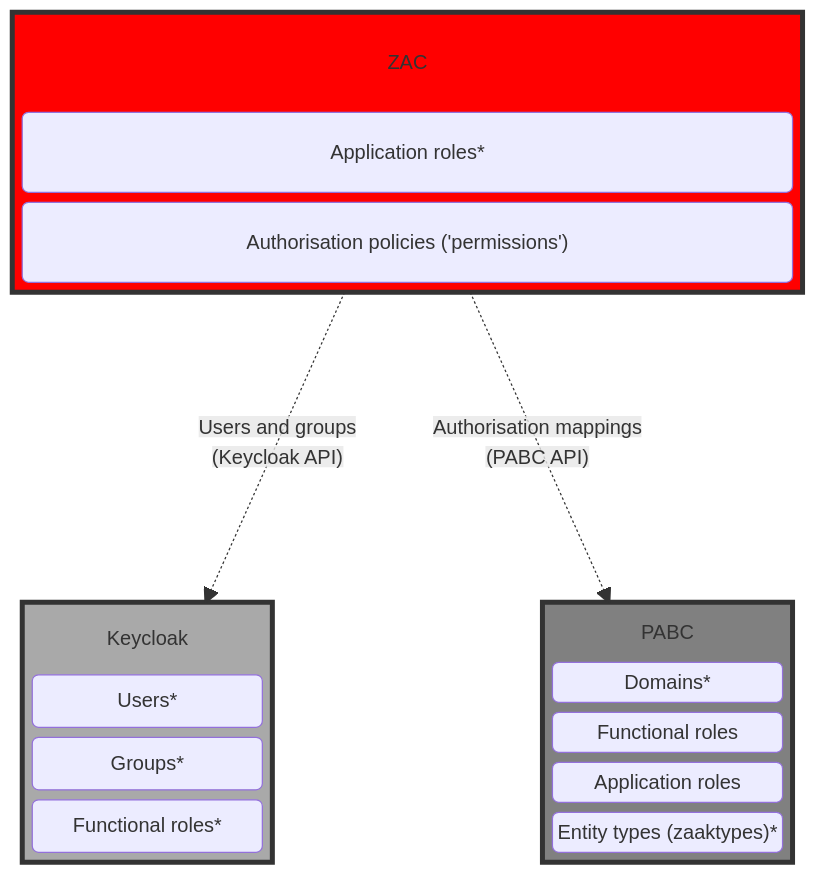
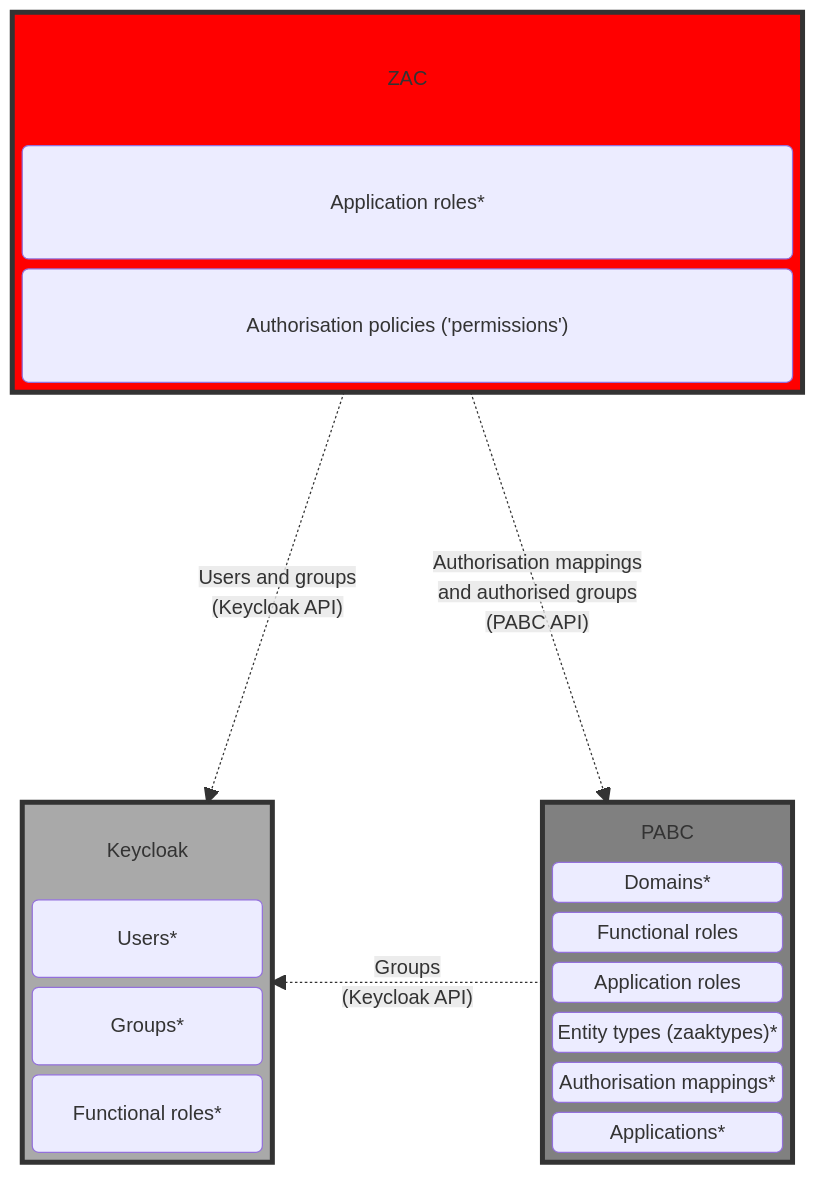
One commit to infonl/dimpact-zaakafhandelcomponent changed the third of 4 diagrams in docs/solution-architecture/iamArchitecture.md. Above: the diagram before and after it, drawn with Mermaid. The commit also changed other lines of this file and 1 other file, not shown here.

Commit message:
docs: updated IAM architecture documentation

````diff
--- a/docs/solution-architecture/iamArchitecture.md
+++ b/docs/solution-architecture/iamArchitecture.md
@@ -127,44 +126,47 @@
 ```mermaid
 block-beta
     columns 1
     block:ZAC
         columns 1
         zacBlockTitle("ZAC"):1
         ApplicationRolesSource("Application roles*")
         Policies("Authorisation policies ('permissions')")
     end
     space
     block:IAM
         block:Keycloak
             columns 1
             keycloakBlockTitle("Keycloak"):1
             UsersSource("Users*")
             GroupsSource("Groups*")
             FunctionalRolesSource("Functional roles*")
         end
         space
         block:PABC
             columns 1
             pabcBlockTitle("PABC"):1
             Domains("Domains*")
             FunctionalRoles("Functional roles")
             ApplicationRoles("Application roles")
             EntityTypes("Entity types (zaaktypes)*")
+            AuthorisationMappings("Authorisation mappings*")
+            Applications("Applications*")
         end
     end
 
     ZAC -- "Users and groups \n(Keycloak API)" -.-> Keycloak
-    ZAC -- "Authorisation mappings \n(PABC API)" -.-> PABC
-    
-    %% workaround to make sure titles of sub-blocks are vertically aligned
+    ZAC -- "Authorisation mappings\n and authorised groups \n(PABC API)" -.-> PABC
+    PABC -- "Groups \n(Keycloak API)" -.-> Keycloak 
+
+%% workaround to make sure titles of sub-blocks are vertically aligned
     %% see: https://github.com/mermaid-js/mermaid/issues/5423
     class IAM BT
     class keycloakBlockTitle BT
     class zacBlockTitle BT
     class pabcBlockTitle BT
     classDef BT stroke:transparent,fill:transparent
 
     style Keycloak fill:darkgrey,stroke:#333,stroke-width:4px
     style ZAC fill:red,stroke:#333,stroke-width:4px
     style PABC fill:grey,stroke:#333,stroke-width:4px
 ```
````
